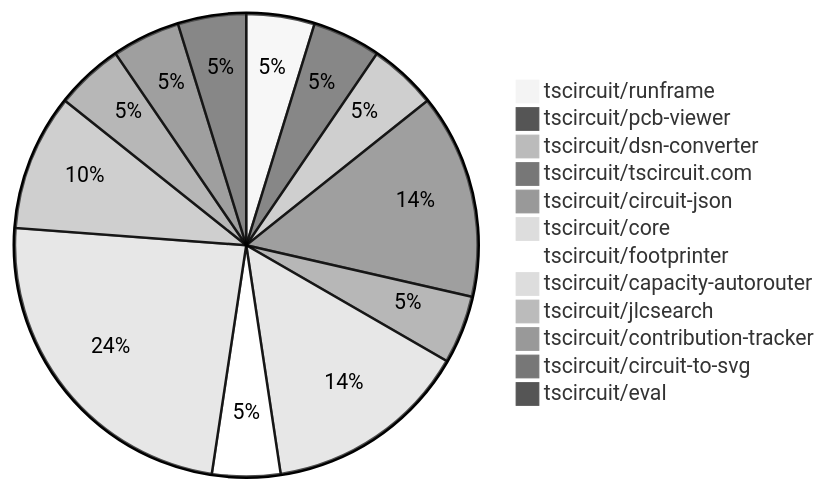
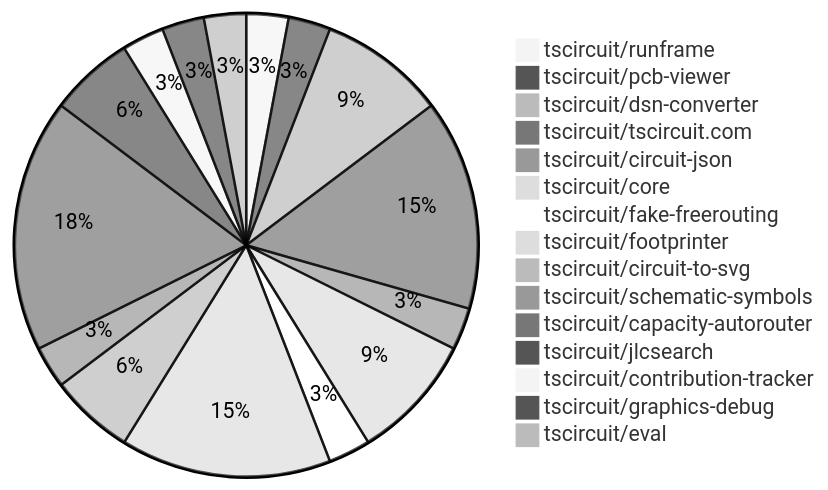
Before and after one commit to tscircuit/contribution-tracker: the diagram in README.md, drawn with Mermaid (neutral theme). The commit also changed other lines of this file and 2 other files, not shown here.

````diff
--- a/README.md
+++ b/README.md
@@ -24,15 +24,18 @@
 ```mermaid
 pie
     "tscircuit/runframe" : 1
     "tscircuit/pcb-viewer" : 1
-    "tscircuit/dsn-converter" : 1
-    "tscircuit/tscircuit.com" : 3
+    "tscircuit/dsn-converter" : 3
+    "tscircuit/tscircuit.com" : 5
     "tscircuit/circuit-json" : 1
     "tscircuit/core" : 3
-    "tscircuit/footprinter" : 1
-    "tscircuit/capacity-autorouter" : 5
+    "tscircuit/fake-freerouting" : 1
+    "tscircuit/footprinter" : 5
+    "tscircuit/circuit-to-svg" : 2
+    "tscircuit/schematic-symbols" : 1
+    "tscircuit/capacity-autorouter" : 6
     "tscircuit/jlcsearch" : 2
     "tscircuit/contribution-tracker" : 1
-    "tscircuit/circuit-to-svg" : 1
+    "tscircuit/graphics-debug" : 1
     "tscircuit/eval" : 1
 ```
````
